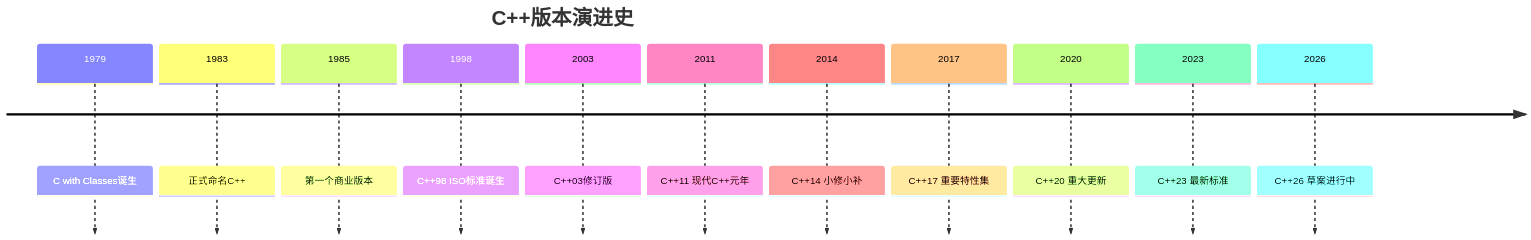
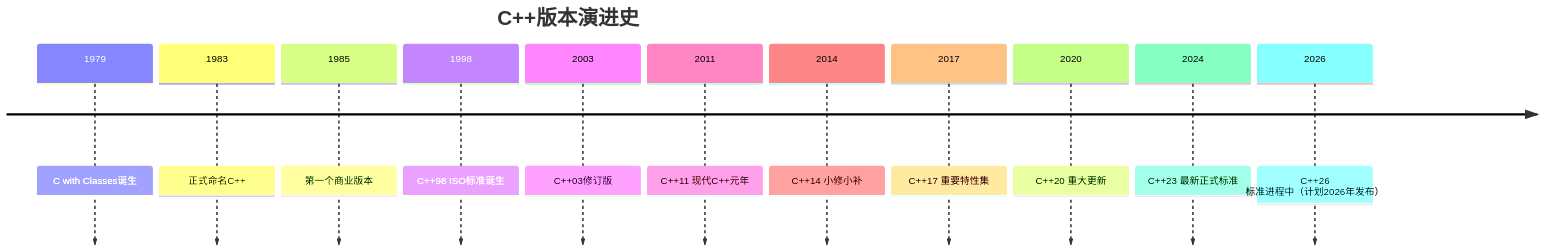
Before and after one commit to before80/prgms: the first of 2 diagrams in content/Cpp/basic/Chapter-01-CPP-Overview-and-History.md, drawn with Mermaid. The commit also changed other lines of this file and 34 other files, not shown here.

````diff
--- a/content/Cpp/basic/Chapter-01-CPP-Overview-and-History.md
+++ b/content/Cpp/basic/Chapter-01-CPP-Overview-and-History.md
@@ -347,15 +347,15 @@
 ```mermaid
 timeline
     title C++版本演进史
     1979 : C with Classes诞生
     1983 : 正式命名C++
     1985 : 第一个商业版本
     1998 : C++98 ISO标准诞生
     2003 : C++03修订版
     2011 : C++11 现代C++元年
     2014 : C++14 小修小补
     2017 : C++17 重要特性集
     2020 : C++20 重大更新
-    2023 : C++23 最新标准
-    2026 : C++26 草案进行中
+    2024 : C++23 最新正式标准
+    2026 : C++26 标准进程中（计划2026年发布）
 ```
````
